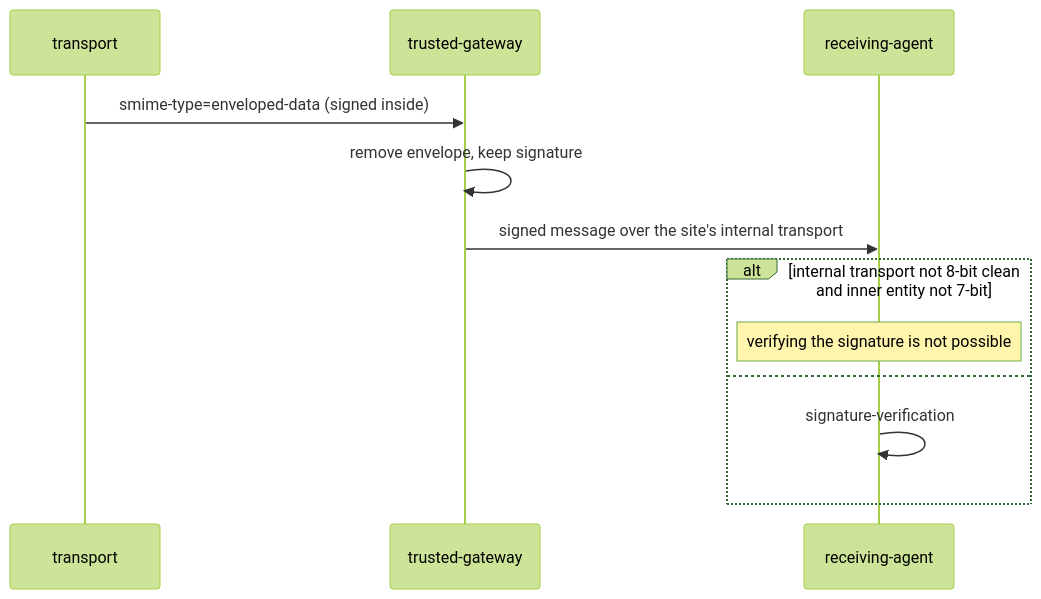
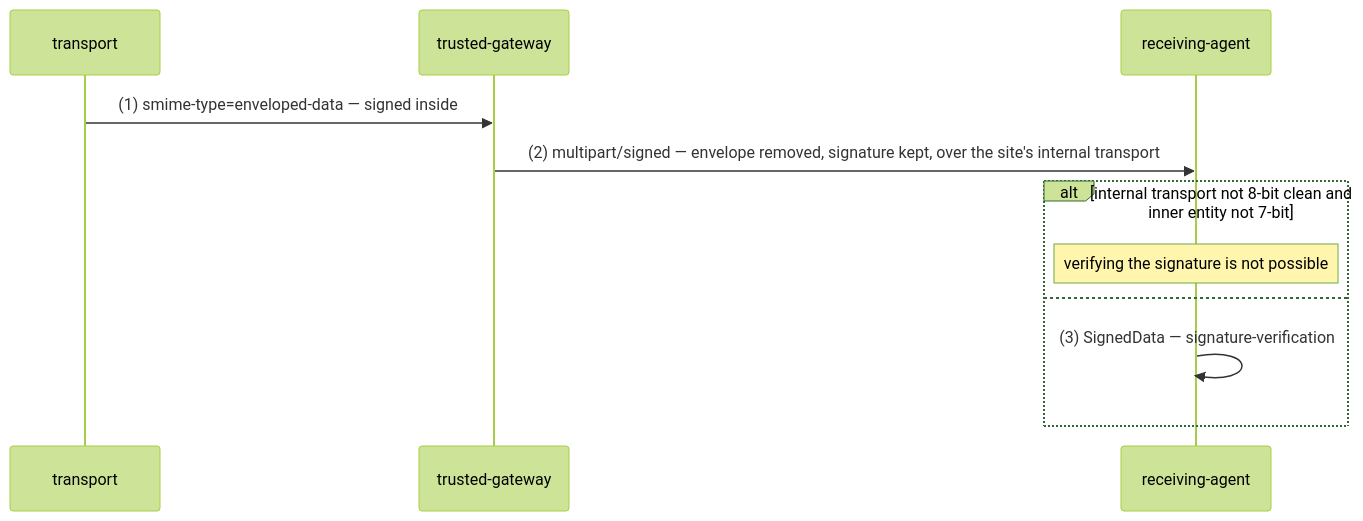
One commit to m-of-n/library changed diagram 13 of 28 in records/ietf/rfc-8551/distilled/protocol.md. Above: the diagram before and after it, drawn with Mermaid (forest theme). The commit also changed other lines of this file and 10 other files, not shown here.

````diff
--- a/records/ietf/rfc-8551/distilled/protocol.md
+++ b/records/ietf/rfc-8551/distilled/protocol.md
@@ -330,14 +333,13 @@
 ```mermaid
 sequenceDiagram
   participant T as transport
   participant TG as trusted-gateway
   participant RA as receiving-agent
-  T->>TG: smime-type=enveloped-data (signed inside)
-  TG->>TG: remove envelope, keep signature
-  TG->>RA: signed message over the site's internal transport
+  T->>TG: (1) smime-type=enveloped-data — signed inside
+  TG->>RA: (2) multipart/signed — envelope removed, signature kept, over the site's internal transport
   alt internal transport not 8-bit clean and inner entity not 7-bit
     Note over RA: verifying the signature is not possible
   else
-    RA->>RA: signature-verification
+    RA->>RA: (3) SignedData — signature-verification
   end
 ```
````
